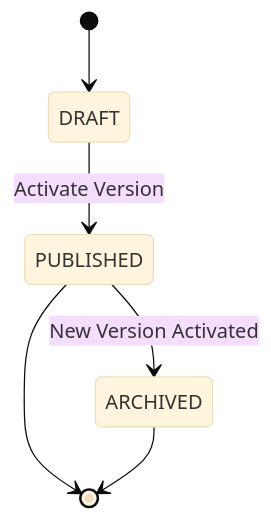
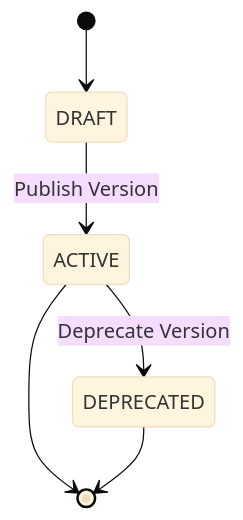
One commit to CtrlAltElite-Devs/api.faculytics changed the third of 3 diagrams in docs/architecture/questionnaire-management.md. Above: the diagram before and after it, drawn with Mermaid (base theme). The commit also changed other lines of this file and 244 other files, not shown here.

````diff
--- a/docs/architecture/questionnaire-management.md
+++ b/docs/architecture/questionnaire-management.md
@@ -77,8 +79,8 @@
 ```mermaid
 stateDiagram-v2
     [*] --> DRAFT
-    DRAFT --> PUBLISHED : Activate Version
-    PUBLISHED --> ARCHIVED : New Version Activated
-    PUBLISHED --> [*]
-    ARCHIVED --> [*]
+    DRAFT --> ACTIVE : Publish Version
+    ACTIVE --> DEPRECATED : Deprecate Version
+    ACTIVE --> [*]
+    DEPRECATED --> [*]
 ```
````
